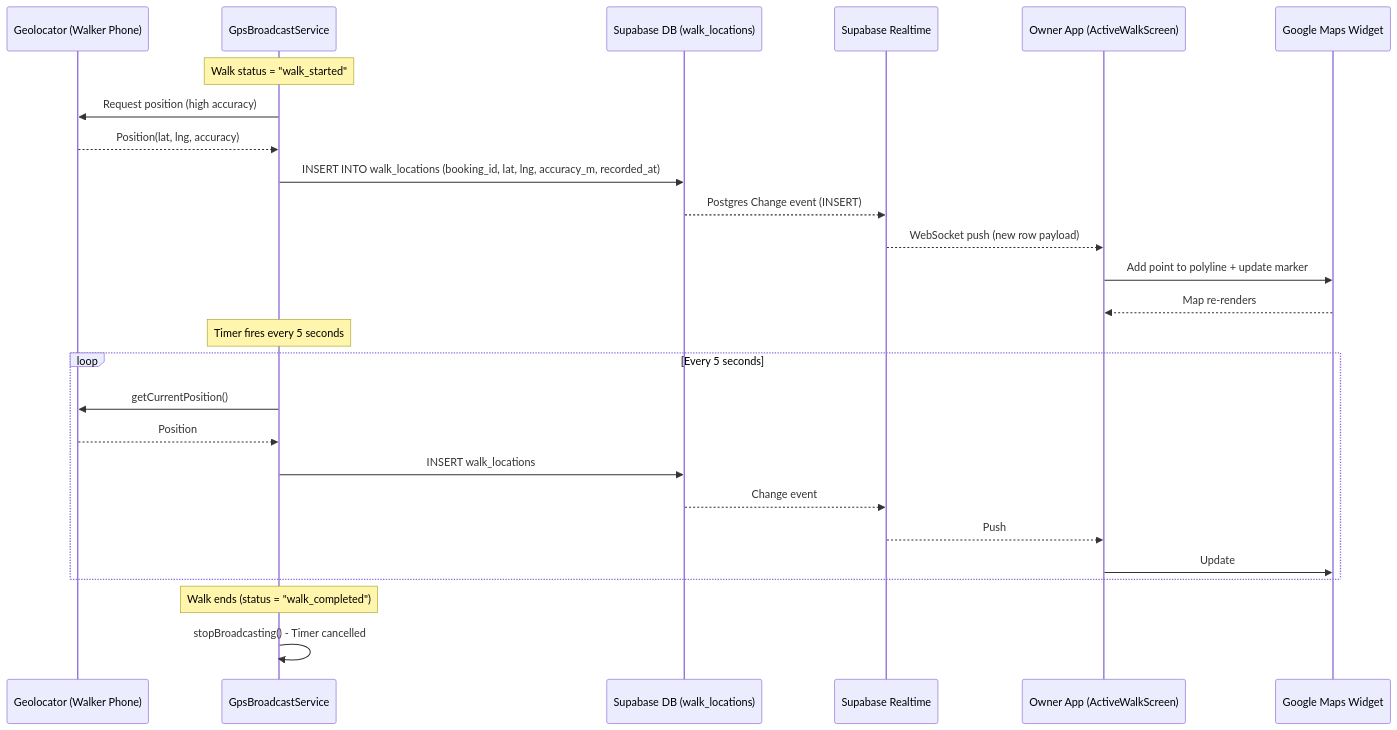
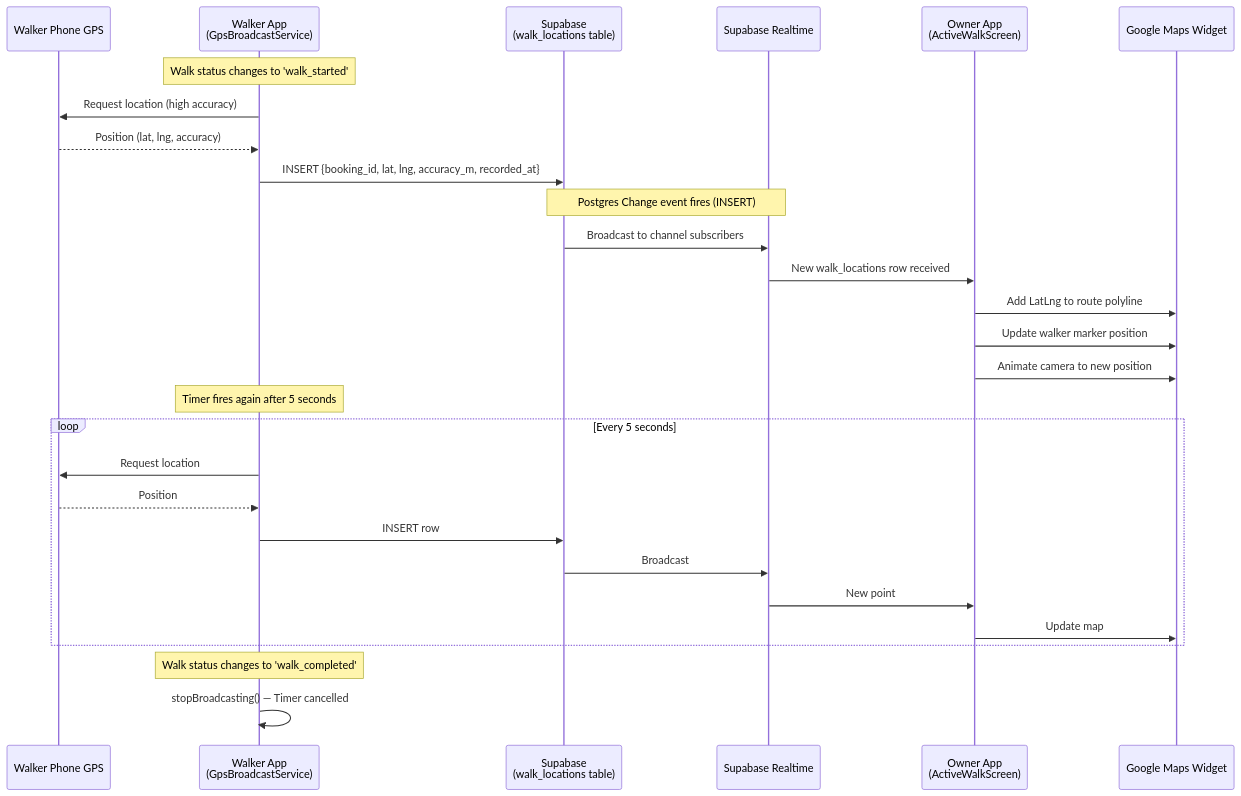
One commit to benzzdan/pawgo_flutter changed the second of 4 diagrams in docs/gps-chat-architecture.md. Above: the diagram before and after it, drawn with Mermaid. The commit also changed other lines of this file, not shown here.

First line of the commit message:
feat: [US-001] - Enhance GPS + chat architecture documentation

````diff
--- a/docs/gps-chat-architecture.md
+++ b/docs/gps-chat-architecture.md
@@ -72,31 +69,35 @@
 ```mermaid
 sequenceDiagram
-    participant GPS as Geolocator (Walker Phone)
-    participant GBS as GpsBroadcastService
-    participant DB as Supabase DB (walk_locations)
+    participant GPS as Walker Phone GPS
+    participant WApp as Walker App<br/>(GpsBroadcastService)
+    participant Supa as Supabase<br/>(walk_locations table)
     participant RT as Supabase Realtime
-    participant OWN as Owner App (ActiveWalkScreen)
-    participant MAP as Google Maps Widget
+    participant OApp as Owner App<br/>(ActiveWalkScreen)
+    participant Map as Google Maps Widget
 
-    Note over GBS: Walk status = "walk_started"
-    GBS->>GPS: Request position (high accuracy)
-    GPS-->>GBS: Position(lat, lng, accuracy)
-    GBS->>DB: INSERT INTO walk_locations (booking_id, lat, lng, accuracy_m, recorded_at)
-    DB-->>RT: Postgres Change event (INSERT)
-    RT-->>OWN: WebSocket push (new row payload)
-    OWN->>MAP: Add point to polyline + update marker
-    MAP-->>OWN: Map re-renders
+    Note over WApp: Walk status changes to 'walk_started'
+    WApp->>GPS: Request location (high accuracy)
+    GPS-->>WApp: Position (lat, lng, accuracy)
+    WApp->>Supa: INSERT {booking_id, lat, lng, accuracy_m, recorded_at}
 
-    Note over GBS: Timer fires every 5 seconds
+    Note over Supa,RT: Postgres Change event fires (INSERT)
+    Supa->>RT: Broadcast to channel subscribers
+
+    RT->>OApp: New walk_locations row received
+    OApp->>Map: Add LatLng to route polyline
+    OApp->>Map: Update walker marker position
+    OApp->>Map: Animate camera to new position
+
+    Note over WApp: Timer fires again after 5 seconds
     loop Every 5 seconds
-        GBS->>GPS: getCurrentPosition()
-        GPS-->>GBS: Position
-        GBS->>DB: INSERT walk_locations
-        DB-->>RT: Change event
-        RT-->>OWN: Push
-        OWN->>MAP: Update
+        WApp->>GPS: Request location
+        GPS-->>WApp: Position
+        WApp->>Supa: INSERT row
+        Supa->>RT: Broadcast
+        RT->>OApp: New point
+        OApp->>Map: Update map
     end
 
-    Note over GBS: Walk ends (status = "walk_completed")
-    GBS->>GBS: stopBroadcasting() - Timer cancelled
+    Note over WApp: Walk status changes to 'walk_completed'
+    WApp->>WApp: stopBroadcasting() — Timer cancelled
 ```
````
